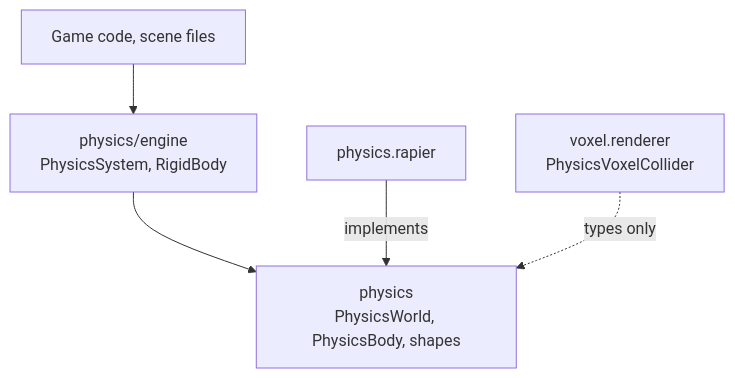
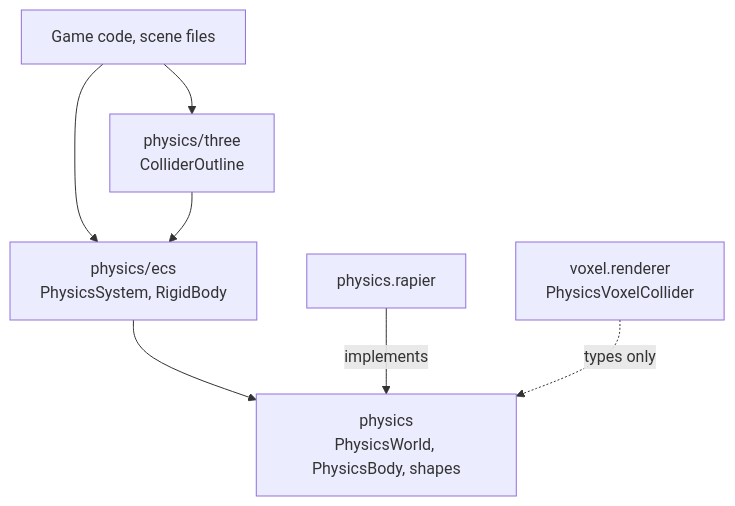
The first of 2 diagrams in packages/physics/ARCHITECTURE.md (JollyPixel/editor), drawn with Mermaid before and after one commit. The commit also changed other lines of this file and 1044 other files, not shown here.

Commit message:
refactor!: split engine into ecs + backend.three and decouple runtime

````diff
--- a/packages/physics/ARCHITECTURE.md
+++ b/packages/physics/ARCHITECTURE.md
@@ -5,13 +5,16 @@
 ```mermaid
 flowchart TB
     Game["Game code, scene files"]
-    Glue["physics/engine<br/>PhysicsSystem, RigidBody"]
+    Glue["physics/ecs<br/>PhysicsSystem, RigidBody"]
+    Outline["physics/three<br/>ColliderOutline"]
     Contract["physics<br/>PhysicsWorld, PhysicsBody, shapes"]
     Rapier["physics.rapier"]
     Voxel["voxel.renderer<br/>PhysicsVoxelCollider"]
 
     Game --> Glue
+    Game --> Outline
+    Outline --> Glue
     Glue --> Contract
     Rapier -->|"implements"| Contract
     Voxel -.->|"types only"| Contract
 ```
````
